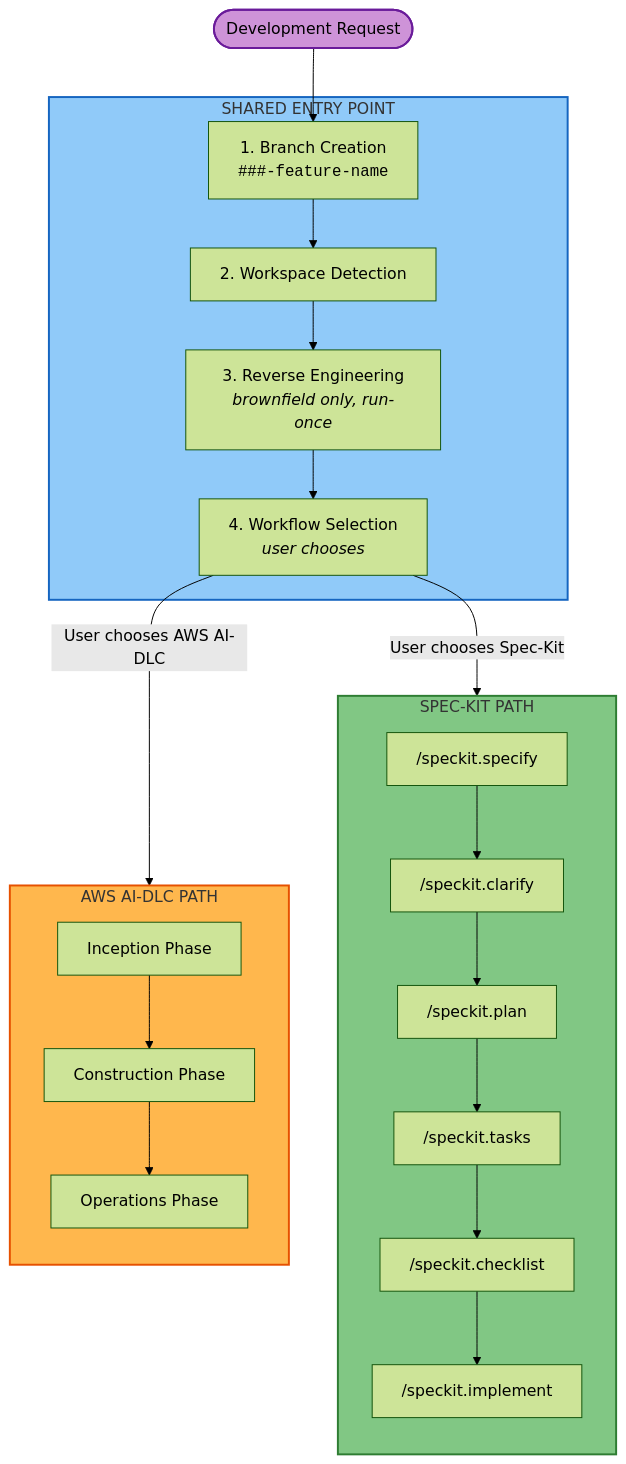
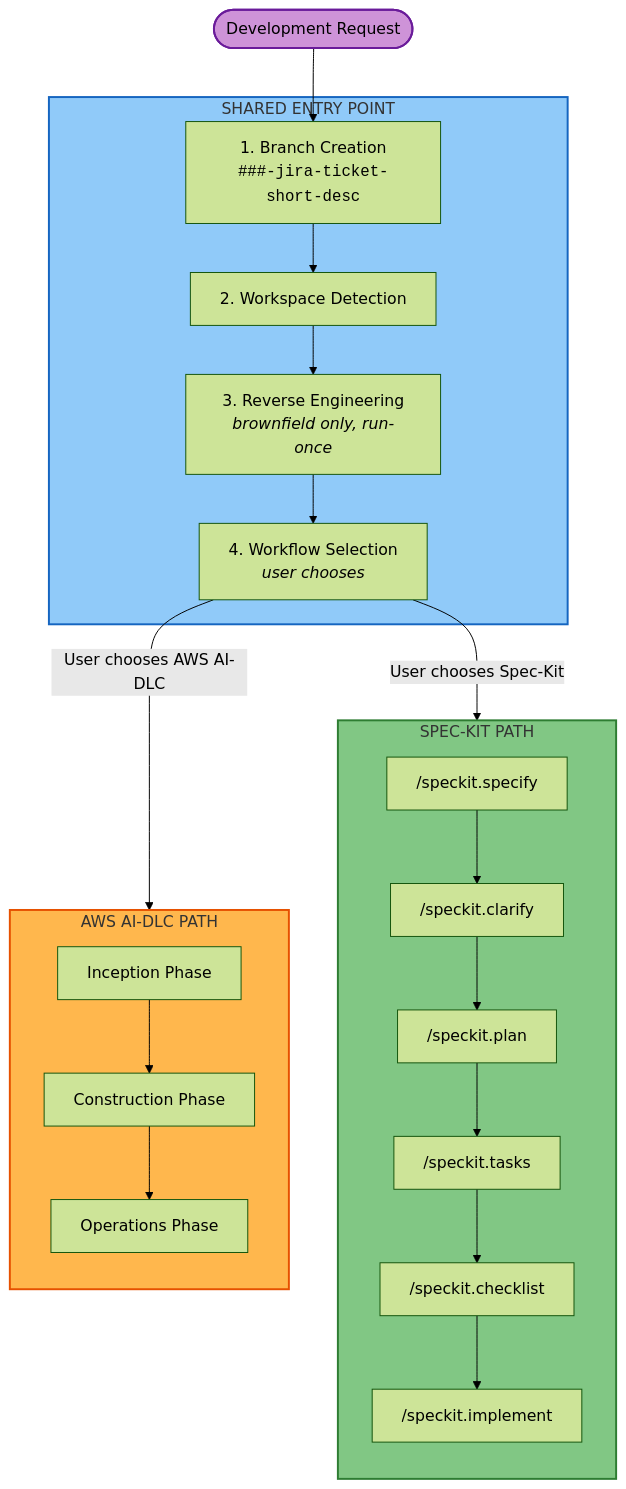
One commit to premkumarjanagarajan/fluid-flow-ai changed the diagram in README.md. Above: the diagram before and after it, drawn with Mermaid (forest theme). The commit also changed other lines of this file and 14 other files, not shown here.

First line of the commit message:
Standardize branch naming to ###-jira-ticket-short-description

````diff
--- a/README.md
+++ b/README.md
@@ -24,41 +24,41 @@
 ```mermaid
 flowchart TD
     Request(["Development Request"])
 
     subgraph ENTRY["SHARED ENTRY POINT"]
-        B1["1. Branch Creation<br/><code>###-feature-name</code>"]
+        B1["1. Branch Creation<br/><code>###-jira-ticket-short-desc</code>"]
         B2["2. Workspace Detection"]
         B3["3. Reverse Engineering<br/><i>brownfield only, run-once</i>"]
         B4["4. Workflow Selection<br/><i>user chooses</i>"]
         B1 --> B2 --> B3 --> B4
     end
 
     Request --> B1
 
     subgraph SPECKIT["SPEC-KIT PATH"]
         direction TB
         SK1["/speckit.specify"]
         SK2["/speckit.clarify"]
         SK3["/speckit.plan"]
         SK4["/speckit.tasks"]
         SK5["/speckit.checklist"]
         SK6["/speckit.implement"]
         SK1 --> SK2 --> SK3 --> SK4 --> SK5 --> SK6
     end
 
     subgraph AIDLC["AWS AI-DLC PATH"]
         direction TB
         AD1["Inception Phase"]
         AD2["Construction Phase"]
         AD3["Operations Phase"]
         AD1 --> AD2 --> AD3
     end
 
     B4 -->|"User chooses Spec-Kit"| SK1
     B4 -->|"User chooses AWS AI-DLC"| AD1
 
     style ENTRY fill:#90CAF9,stroke:#1565C0,stroke-width:2px
     style SPECKIT fill:#81C784,stroke:#2E7D32,stroke-width:2px
     style AIDLC fill:#FFB74D,stroke:#E65100,stroke-width:2px
     style Request fill:#CE93D8,stroke:#6A1B9A,stroke-width:2px
 ```
````
